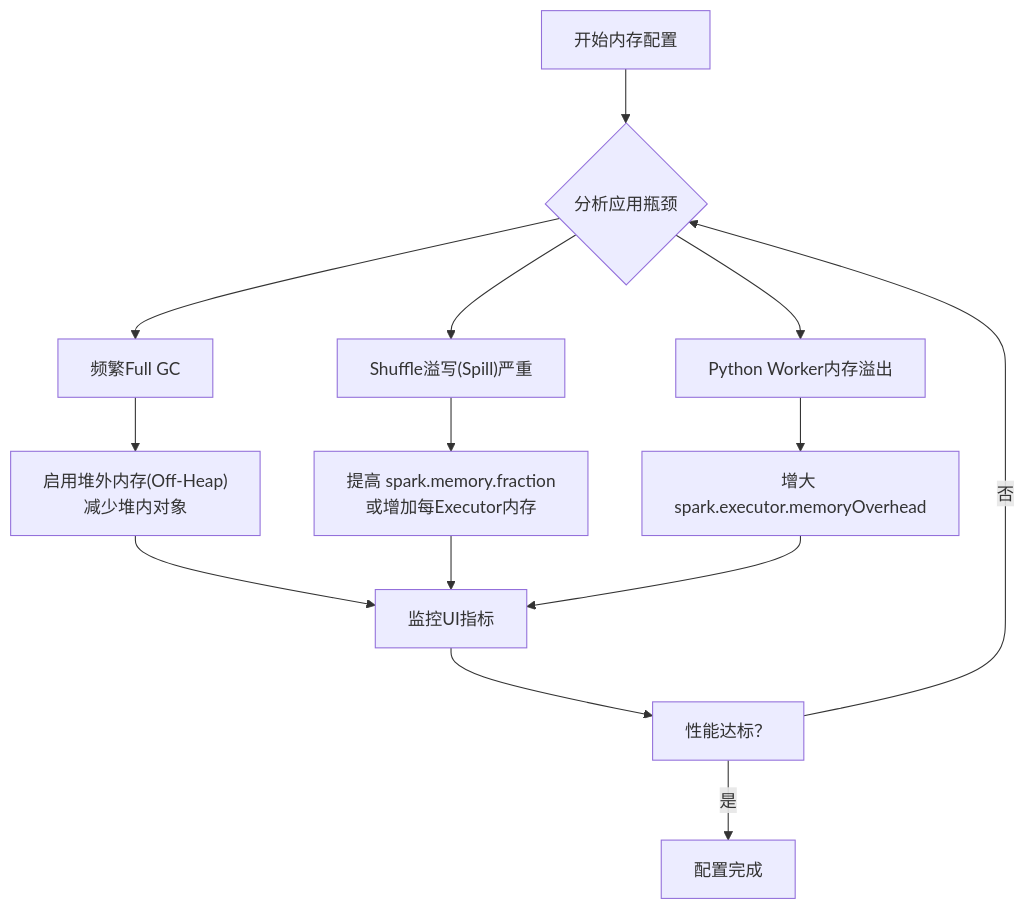
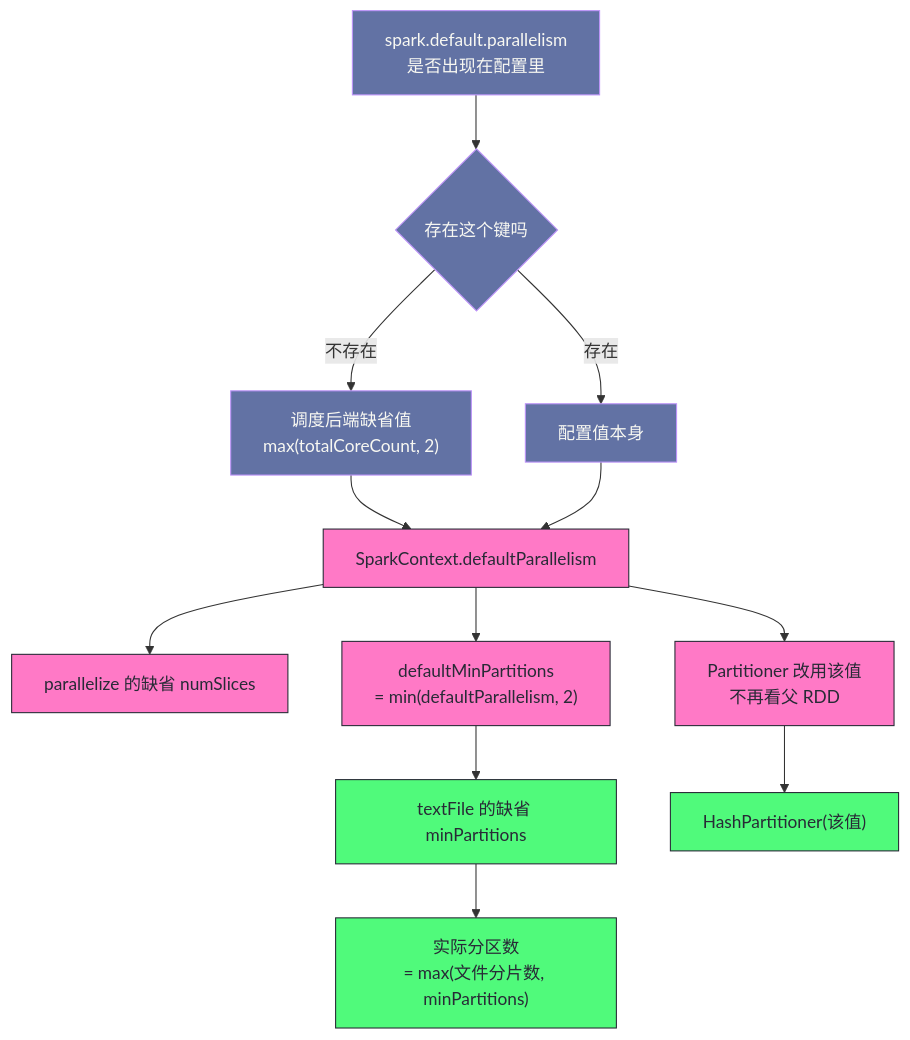
The third of 5 diagrams in content/大数据/Spark/读书笔记-spark内核/06_性能调优实战/3. Spark集群资源分配与并行度调优.md (hpliStartAgain/my-brain), drawn with Mermaid before and after one commit. The commit also changed other lines of this file and 259 other files, not shown here.

````diff
--- a/content/大数据/Spark/读书笔记-spark内核/06_性能调优实战/3. Spark集群资源分配与并行度调优.md
+++ b/content/大数据/Spark/读书笔记-spark内核/06_性能调优实战/3. Spark集群资源分配与并行度调优.md
@@ -102,20 +307,21 @@
 ```mermaid
+%%{init: {'theme': 'dracula'}}%%
 flowchart TD
-    A["开始内存配置"] --> B{"分析应用瓶颈"}
-    
-    B --> C["频繁Full GC"]
-    B --> D["Shuffle溢写(Spill)严重"]
-    B --> E["Python Worker内存溢出"]
-    
-    C --> F["启用堆外内存(Off-Heap)<br>减少堆内对象"]
-    D --> G["提高 spark.memory.fraction<br>或增加每Executor内存"]
-    E --> H["增大 spark.executor.memoryOverhead"]
-    
-    F --> K["监控UI指标"]
-    G --> K
-    H --> K
-    
-    K --> L["性能达标？"]
-    L -->|是| M["配置完成"]
-    L -->|否| B
+    A["spark.default.parallelism<br/>是否出现在配置里"] --> B{"存在这个键吗"}
+    B -- "不存在" --> C["调度后端缺省值<br/>max(totalCoreCount, 2)"]
+    B -- "存在" --> D["配置值本身"]
+    C --> E["SparkContext.defaultParallelism"]
+    D --> E
+    E --> F["parallelize 的缺省 numSlices"]
+    E --> G["defaultMinPartitions<br/>= min(defaultParallelism, 2)"]
+    E --> H["Partitioner 改用该值<br/>不再看父 RDD"]
+    G --> I["textFile 的缺省 minPartitions"]
+    I --> J["实际分区数<br/>= max(文件分片数, minPartitions)"]
+    H --> K["HashPartitioner(该值)"]
+    classDef cfg fill:#6272a4,stroke:#bd93f9,color:#f8f8f2
+    classDef cons fill:#ff79c6,stroke:#282a36,color:#282a36
+    classDef out fill:#50fa7b,stroke:#282a36,color:#282a36
+    class A,B,D,C cfg
+    class E,F,G,H cons
+    class I,J,K out
 ```
````
